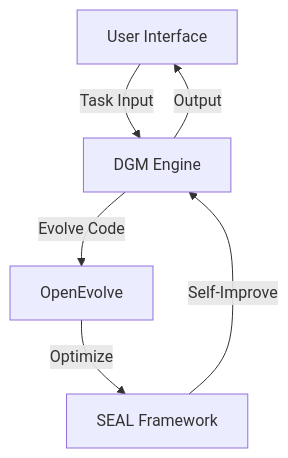
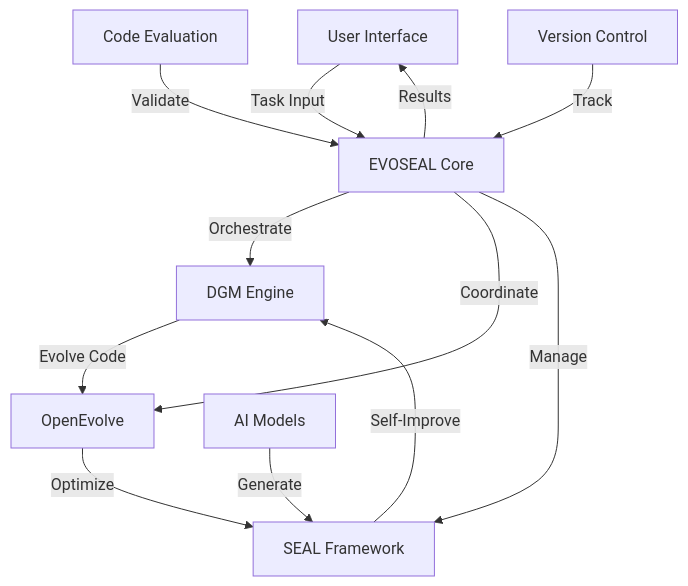
Before and after one commit to SHA888/EVOSEAL: the diagram in docs/architecture/overview.md, drawn with Mermaid. The commit also changed other lines of this file and 32 other files, not shown here.

````diff
--- a/docs/architecture/overview.md
+++ b/docs/architecture/overview.md
@@ -7,8 +29,15 @@
 ```mermaid
 graph TD
-    A[User Interface] -->|Task Input| B[DGM Engine]
-    B -->|Evolve Code| C[OpenEvolve]
-    C -->|Optimize| D[SEAL Framework]
-    D -->|Self-Improve| B
-    B -->|Output| A
+    A[User Interface] -->|Task Input| B[EVOSEAL Core]
+    B -->|Orchestrate| C[DGM Engine]
+    B -->|Coordinate| D[OpenEvolve]
+    B -->|Manage| E[SEAL Framework]
+    C -->|Evolve Code| D
+    D -->|Optimize| E
+    E -->|Self-Improve| C
+    B -->|Results| A
+
+    F[Code Evaluation] -->|Validate| B
+    G[AI Models] -->|Generate| E
+    H[Version Control] -->|Track| B
 ```
````
